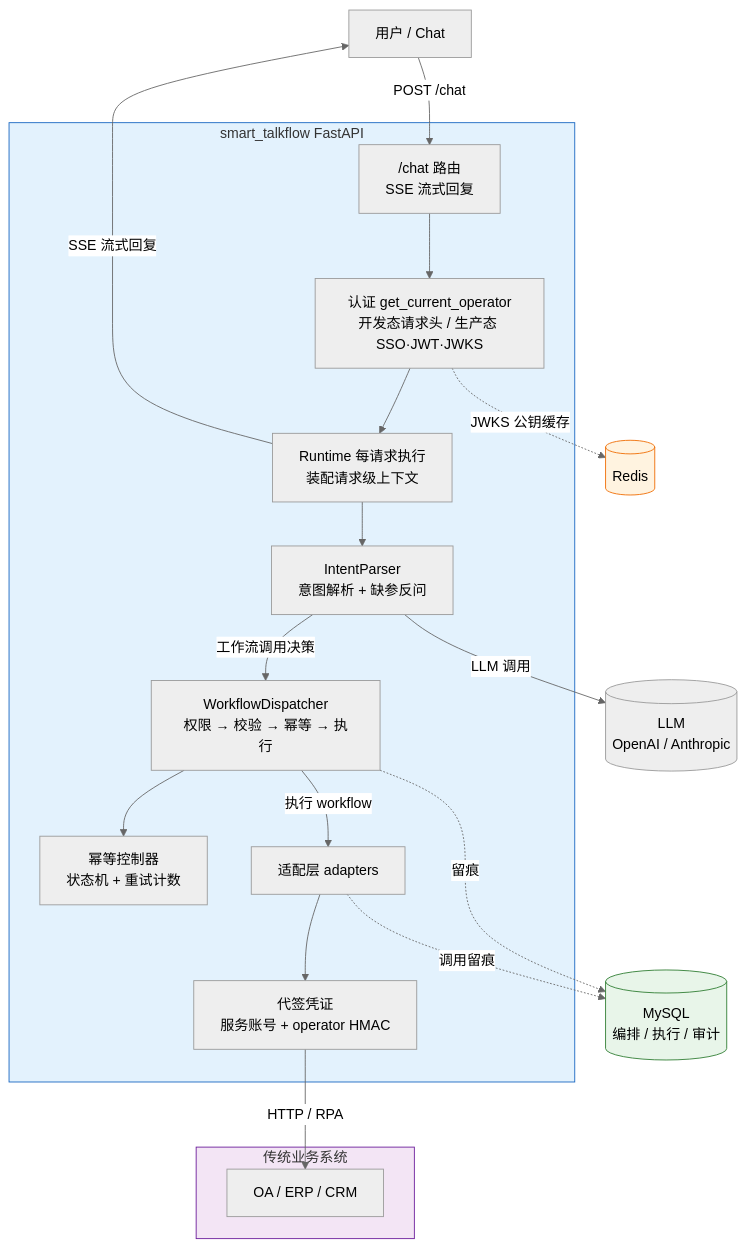
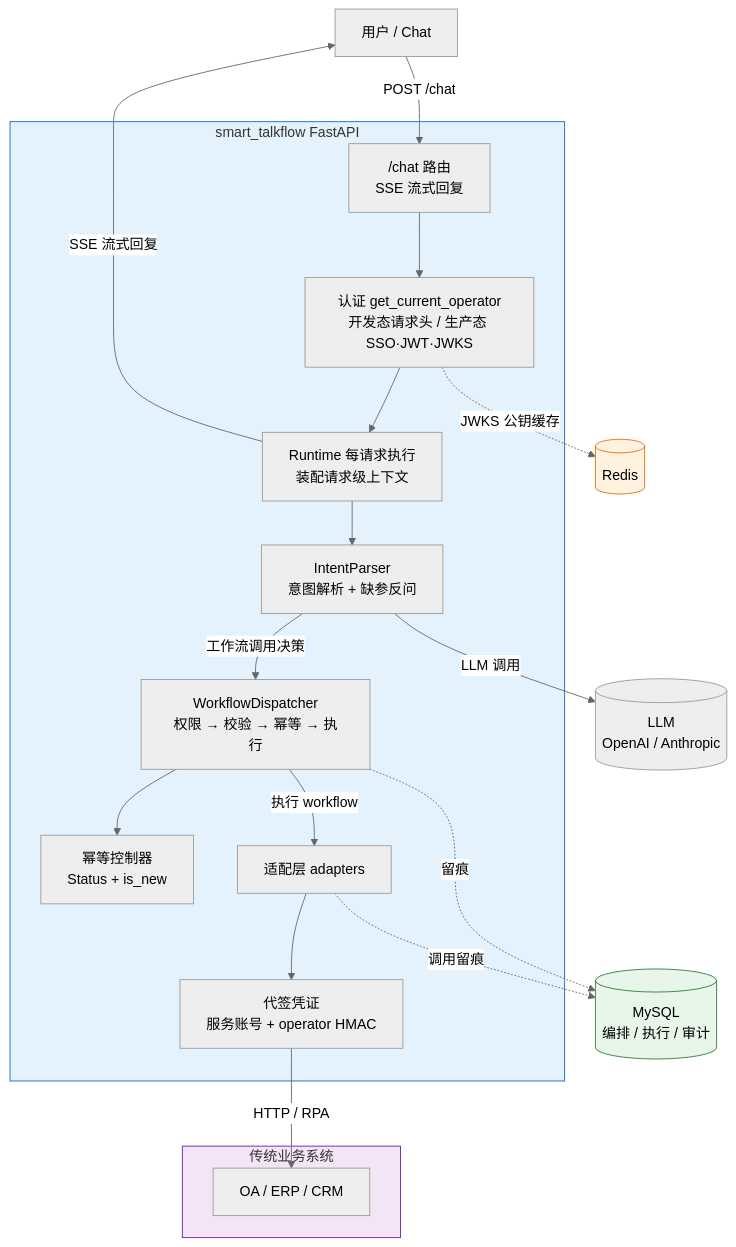
Before and after one commit to zs2731070169-web/smart_talkflow: the first of 2 diagrams in README.md, drawn with Mermaid (neutral theme). The commit also changed other lines of this file and 66 other files, not shown here.

````diff
--- a/README.md
+++ b/README.md
@@ -89,38 +89,38 @@
 ```mermaid
 graph TD
     U[用户 / Chat] -->|POST /chat| API
 
     subgraph 平台[smart_talkflow FastAPI]
         API["/chat 路由<br/>SSE 流式回复"]
         AUTH["认证 get_current_operator<br/>开发态请求头 / 生产态 SSO·JWT·JWKS"]
         RT["Runtime 每请求执行<br/>装配请求级上下文"]
         AGENT["IntentParser<br/>意图解析 + 缺参反问"]
         ORCH["WorkflowDispatcher<br/>权限 → 校验 → 幂等 → 执行"]
-        IDEM["幂等控制器<br/>状态机 + 重试计数"]
+        IDEM["幂等控制器<br/>Status + is_new"]
         ADP["适配层 adapters"]
         CRED["代签凭证<br/>服务账号 + operator HMAC"]
     end
 
     API --> AUTH --> RT
     RT --> AGENT
     AGENT -->|工作流调用决策| ORCH
     ORCH --> IDEM
     ORCH -->|执行 workflow| ADP
     ADP --> CRED
     AGENT -->|LLM 调用| LLM[(LLM<br/>OpenAI / Anthropic)]
     CRED -->|HTTP / RPA| SYS
     RT -->|SSE 流式回复| U
 
     subgraph 下游[传统业务系统]
         SYS[OA / ERP / CRM]
     end
 
     ORCH -.留痕.-> DB[(MySQL<br/>编排 / 执行 / 审计)]
     ADP -.调用留痕.-> DB
     AUTH -.JWKS 公钥缓存.-> RDS[(Redis)]
 
     style 平台 fill:#e3f2fd,stroke:#1565c0
     style 下游 fill:#f3e5f5,stroke:#6a1b9a
     style DB fill:#e8f5e9,stroke:#2e7d32
     style RDS fill:#fff3e0,stroke:#ef6c00
 ```
````
